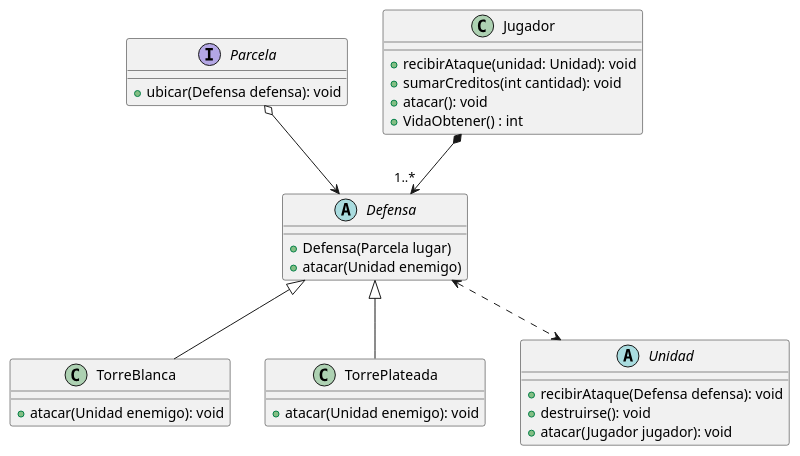
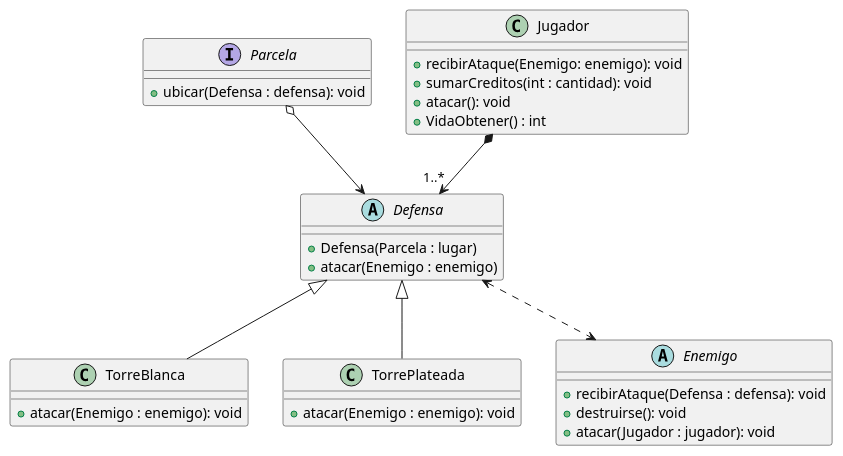
Before and after one commit to franzimbi/algo3_tp2: the diagram in diagrams/classes/defensa_class_diagram.puml, drawn with PlantUML. The commit also changed 4 other files, not shown here.

Commit message:
actualizacion UML

```diff
--- a/diagrams/classes/defensa_class_diagram.puml
+++ b/diagrams/classes/defensa_class_diagram.puml
@@ -1,41 +1,41 @@
 @startuml
 'https://plantuml.com/class-diagram
 
 abstract class Defensa {
-    +Defensa(Parcela lugar)
-    +atacar(Unidad enemigo)
+    +Defensa(Parcela : lugar)
+    +atacar(Enemigo : enemigo)
 }
 
 class TorreBlanca{
-    +atacar(Unidad enemigo): void
+    +atacar(Enemigo : enemigo): void
 }
 
 class TorrePlateada{
-    +atacar(Unidad enemigo): void
+    +atacar(Enemigo : enemigo): void
 }
 
 interface Parcela {
-    +ubicar(Defensa defensa): void
+    +ubicar(Defensa : defensa): void
 }
 
-abstract class Unidad {
-    +recibirAtaque(Defensa defensa): void
+abstract class Enemigo {
+    +recibirAtaque(Defensa : defensa): void
     +destruirse(): void
-    +atacar(Jugador jugador): void
+    +atacar(Jugador : jugador): void
 }
 
 class Jugador {
-    +recibirAtaque(unidad: Unidad): void
-    +sumarCreditos(int cantidad): void
+    +recibirAtaque(Enemigo: enemigo): void
+    +sumarCreditos(int : cantidad): void
     +atacar(): void
     +VidaObtener() : int
 }
 
 Defensa <|-- TorreBlanca
 Defensa <|-- TorrePlateada
-Defensa <..> Unidad
+Defensa <..> Enemigo
 Parcela o--> Defensa
 Jugador  *--> "1..*" Defensa
 
 
 @enduml
```
